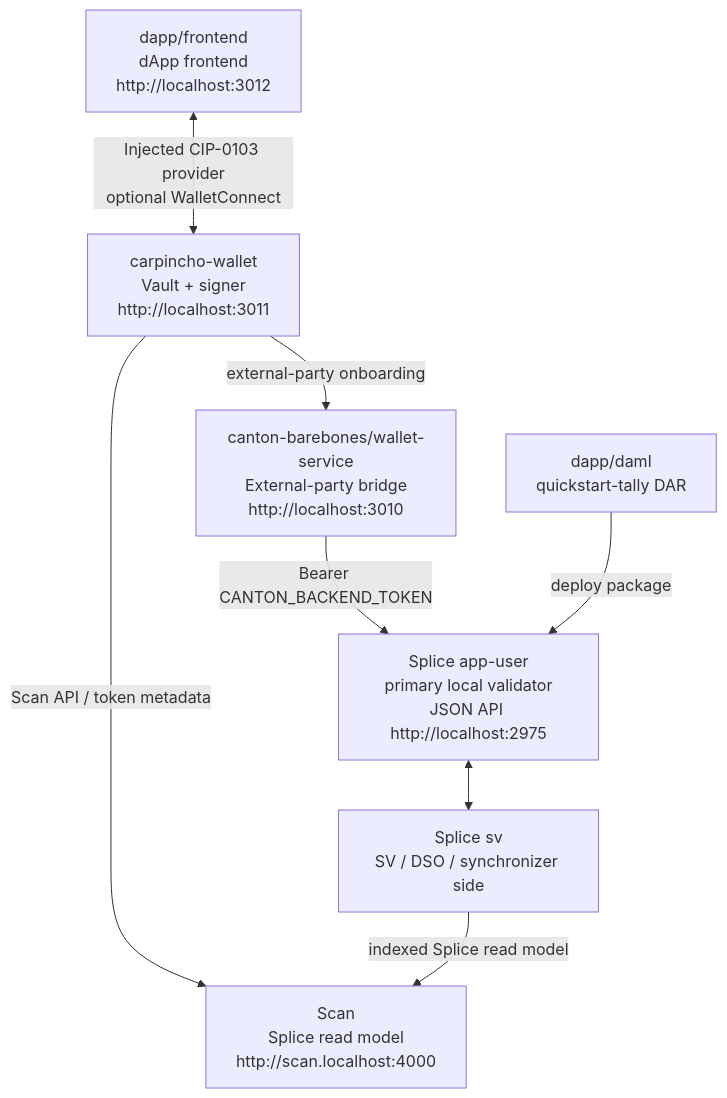
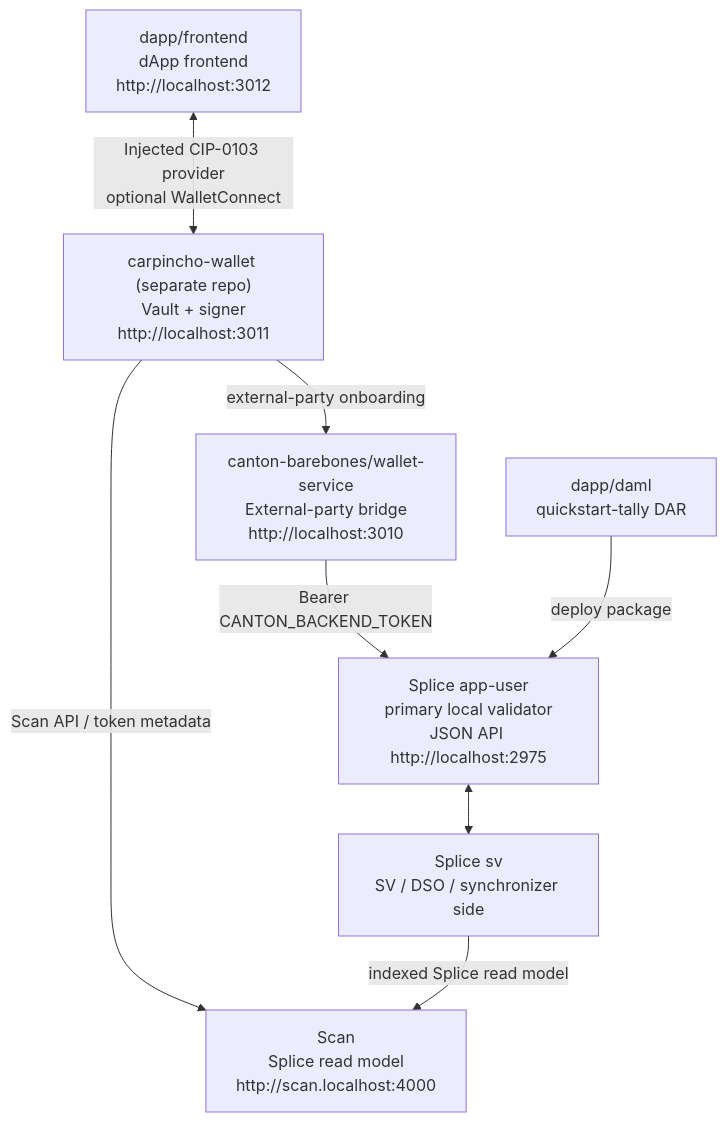
Before and after one commit to BootNodeDev/canton-dappbooster: the diagram in README.md, drawn with Mermaid. The commit also changed other lines of this file and 296 other files, not shown here.

First line of the commit message:
chore: extract carpincho-wallet into its own repository

````diff
--- a/README.md
+++ b/README.md
@@ -5,18 +5,18 @@
 ```mermaid
 flowchart TD
   fe["dapp/frontend<br/>dApp frontend<br/>http://localhost:3012"]
-  wallet["carpincho-wallet<br/>Vault + signer<br/>http://localhost:3011"]
+  wallet["carpincho-wallet (separate repo)<br/>Vault + signer<br/>http://localhost:3011"]
   ws["canton-barebones/wallet-service<br/>External-party bridge<br/>http://localhost:3010"]
   au["Splice app-user<br/>primary local validator<br/>JSON API http://localhost:2975"]
   sv["Splice sv<br/>SV / DSO / synchronizer side"]
   scan["Scan<br/>Splice read model<br/>http://scan.localhost:4000"]
   dar["dapp/daml<br/>quickstart-tally DAR"]
 
   fe <-->|"Injected CIP-0103 provider<br/>optional WalletConnect"| wallet
   wallet -->|"external-party onboarding"| ws
   wallet -->|"Scan API / token metadata"| scan
   ws -->|"Bearer CANTON_BACKEND_TOKEN"| au
   au <--> sv
   sv -->|"indexed Splice read model"| scan
   dar -->|"deploy package"| au
 ```
````
